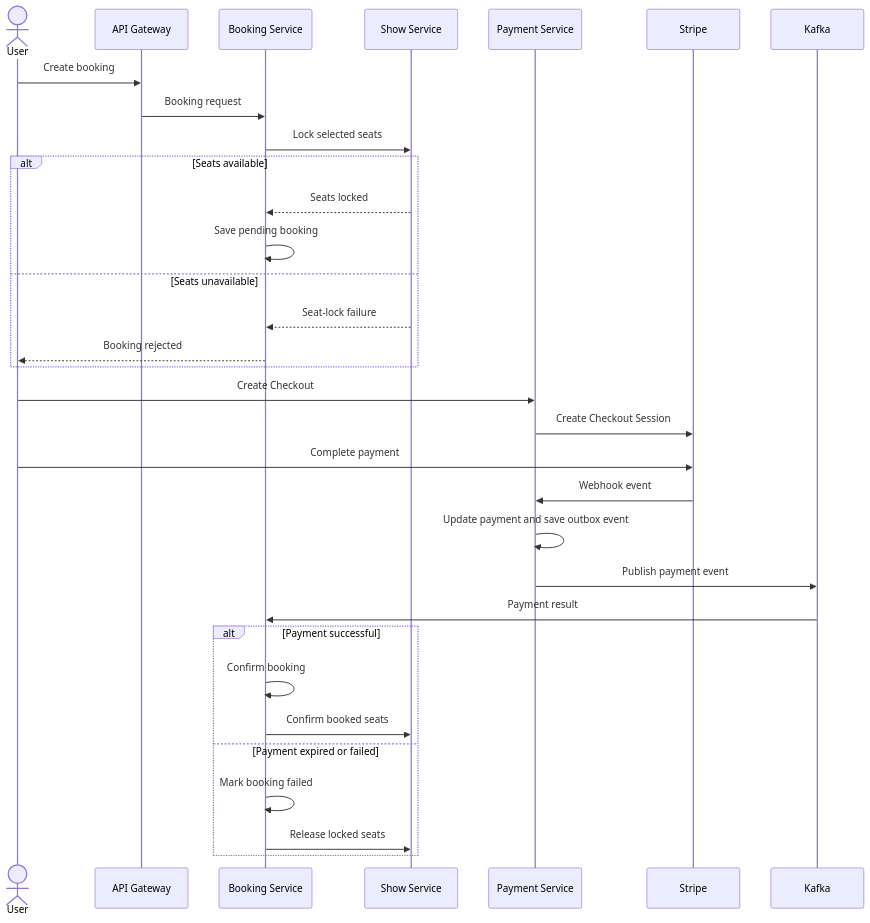
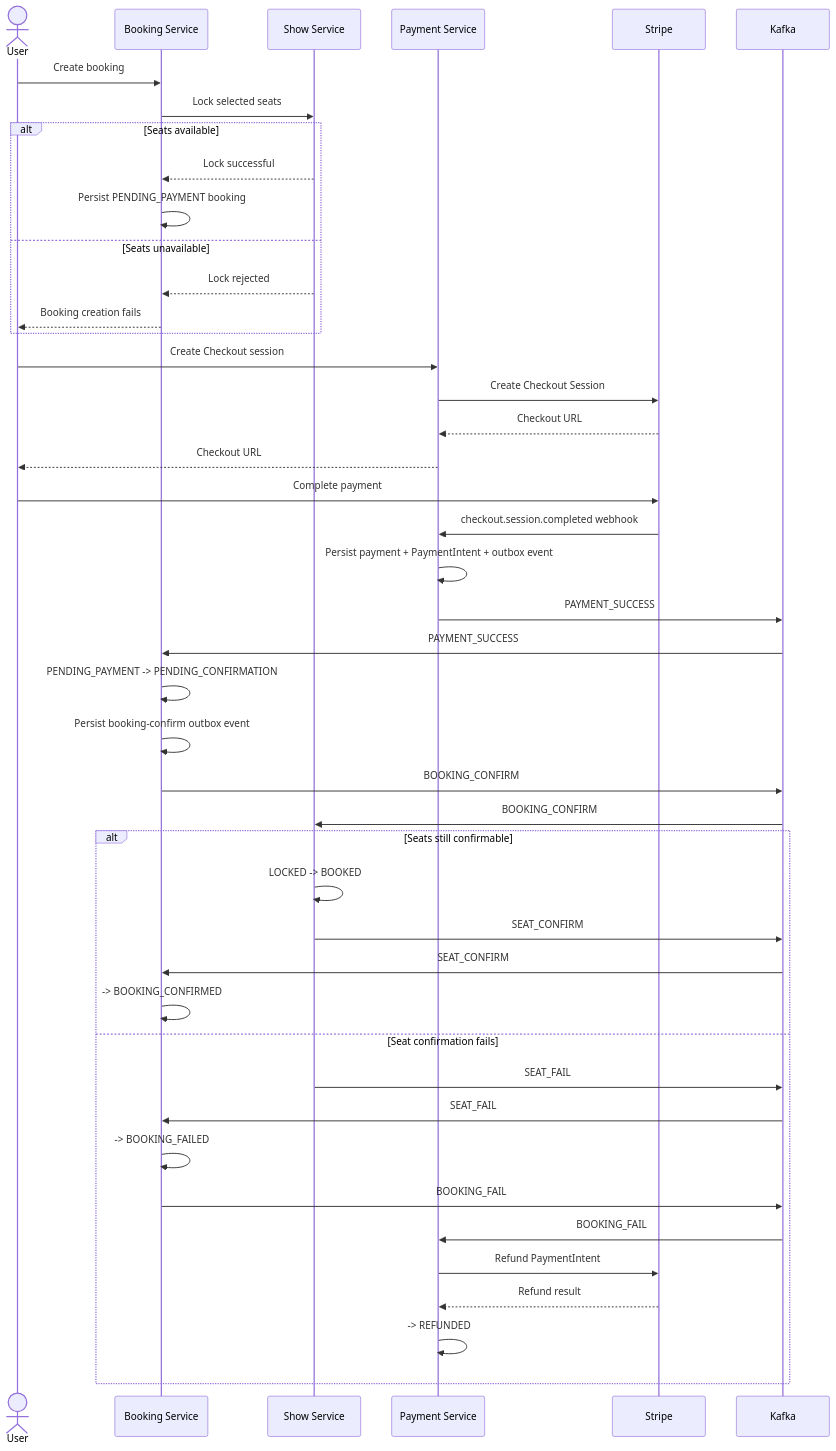
The second of 2 diagrams in README.md (aparajits814/Microservices_ticketbooking), drawn with Mermaid before and after one commit. The commit also changed other lines of this file, not shown here.

````diff
--- a/README.md
+++ b/README.md
@@ -178,37 +167,52 @@
 ```mermaid
 sequenceDiagram
     actor User
-    participant Gateway as API Gateway
     participant Booking as Booking Service
     participant Show as Show Service
     participant Payment as Payment Service
     participant Stripe
     participant Kafka
 
-    User->>Gateway: Create booking
-    Gateway->>Booking: Booking request
+    User->>Booking: Create booking
     Booking->>Show: Lock selected seats
 
     alt Seats available
-        Show-->>Booking: Seats locked
-        Booking->>Booking: Save pending booking
+        Show-->>Booking: Lock successful
+        Booking->>Booking: Persist PENDING_PAYMENT booking
     else Seats unavailable
-        Show-->>Booking: Seat-lock failure
-        Booking-->>User: Booking rejected
+        Show-->>Booking: Lock rejected
+        Booking-->>User: Booking creation fails
     end
-    User->>Payment: Create Checkout
+
+    User->>Payment: Create Checkout session
     Payment->>Stripe: Create Checkout Session
+    Stripe-->>Payment: Checkout URL
+    Payment-->>User: Checkout URL
+
     User->>Stripe: Complete payment
-    Stripe->>Payment: Webhook event
-    Payment->>Payment: Update payment and save outbox event
-    Payment->>Kafka: Publish payment event
-    Kafka->>Booking: Payment result
+    Stripe->>Payment: checkout.session.completed webhook
+    Payment->>Payment: Persist payment + PaymentIntent + outbox event
+    Payment->>Kafka: PAYMENT_SUCCESS
+    Kafka->>Booking: PAYMENT_SUCCESS
 
-    alt Payment successful
-        Booking->>Booking: Confirm booking
-        Booking->>Show: Confirm booked seats
-    else Payment expired or failed
-        Booking->>Booking: Mark booking failed
-        Booking->>Show: Release locked seats
+    Booking->>Booking: PENDING_PAYMENT -> PENDING_CONFIRMATION
+    Booking->>Booking: Persist booking-confirm outbox event
+    Booking->>Kafka: BOOKING_CONFIRM
+    Kafka->>Show: BOOKING_CONFIRM
+
+    alt Seats still confirmable
+        Show->>Show: LOCKED -> BOOKED
+        Show->>Kafka: SEAT_CONFIRM
+        Kafka->>Booking: SEAT_CONFIRM
+        Booking->>Booking: -> BOOKING_CONFIRMED
+    else Seat confirmation fails
+        Show->>Kafka: SEAT_FAIL
+        Kafka->>Booking: SEAT_FAIL
+        Booking->>Booking: -> BOOKING_FAILED
+        Booking->>Kafka: BOOKING_FAIL
+        Kafka->>Payment: BOOKING_FAIL
+        Payment->>Stripe: Refund PaymentIntent
+        Stripe-->>Payment: Refund result
+        Payment->>Payment: -> REFUNDED
     end
 ```
````
